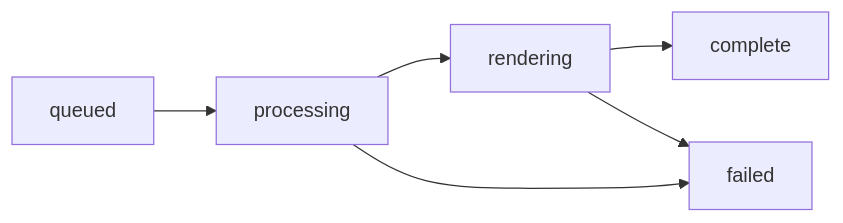
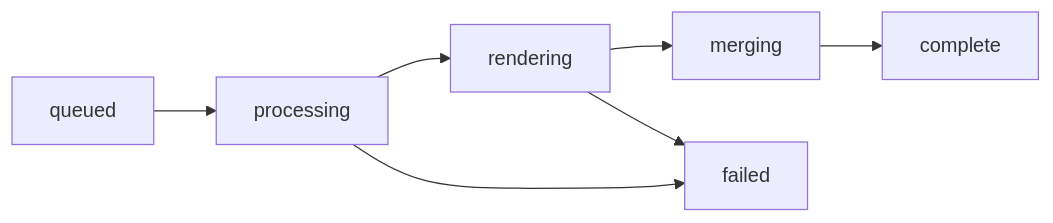
The diagram in api-reference/render/overview.mdx (petrpan26/docs), drawn with Mermaid before and after one commit. The commit also changed other lines of this file and 8 other files, not shown here.

````diff
--- a/api-reference/render/overview.mdx
+++ b/api-reference/render/overview.mdx
@@ -33,8 +33,9 @@
 ```mermaid
 graph LR
     A[queued] --> B[processing]
     B --> C[rendering]
-    C --> D[complete]
-    C --> E[failed]
-    B --> E
+    C --> D[merging]
+    D --> E[complete]
+    C --> F[failed]
+    B --> F
 ```
````
